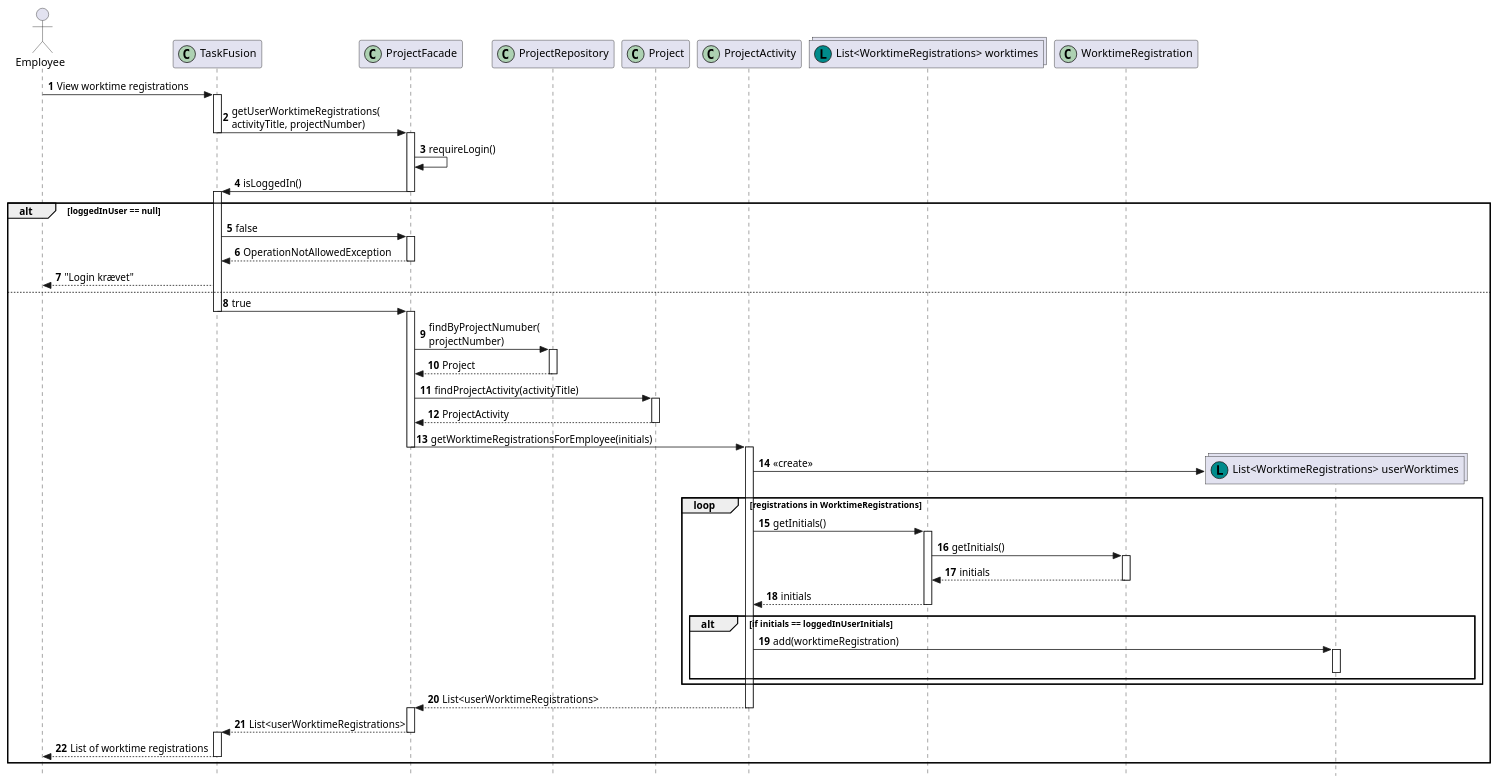
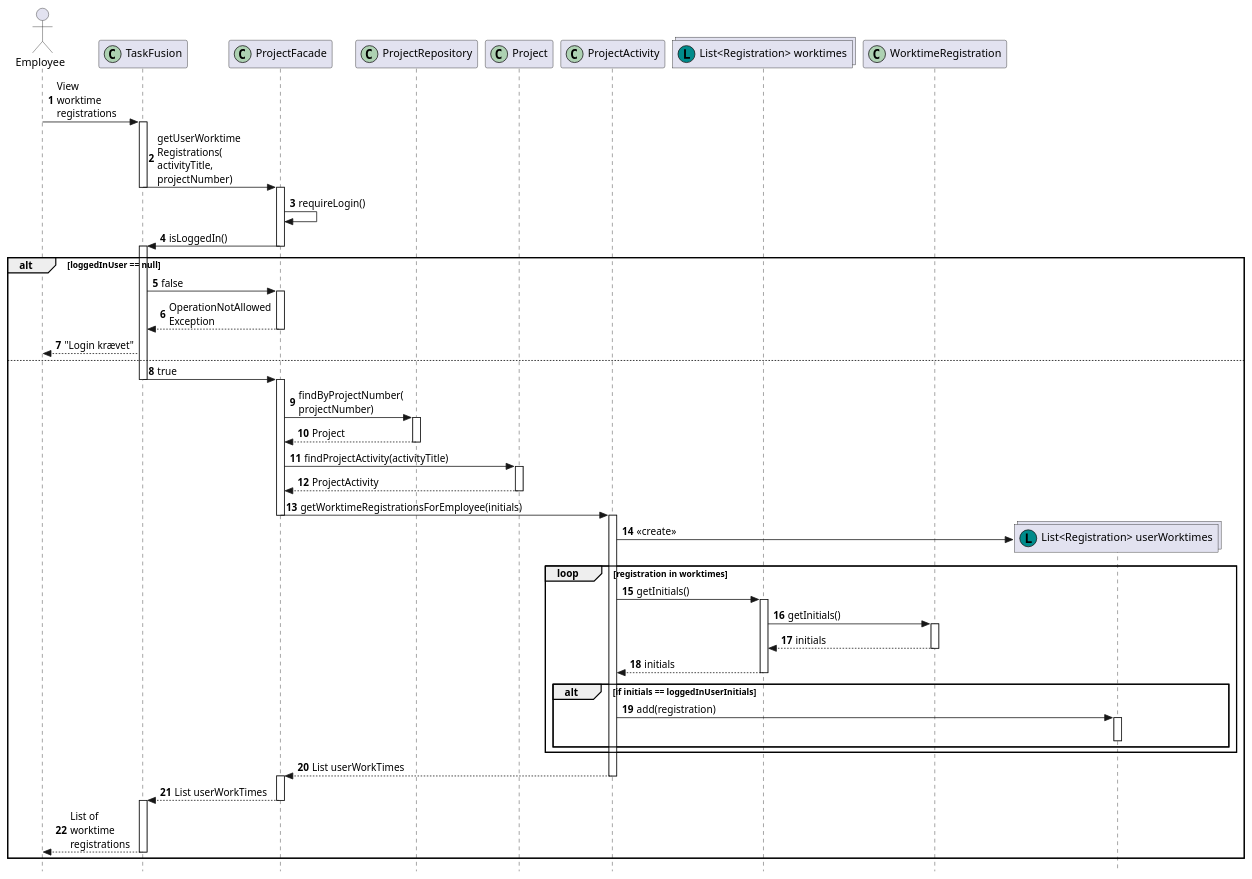
The diagram in RequirementsAndDesign/SequenceDiagrams/viewWorktime.puml (rwiuff/02161ExamProject), drawn with PlantUML before and after one commit. The commit also changed 9 other files, not shown here.

```diff
--- a/RequirementsAndDesign/SequenceDiagrams/viewWorktime.puml
+++ b/RequirementsAndDesign/SequenceDiagrams/viewWorktime.puml
@@ -1,46 +1,46 @@
 @startuml seqViewWorktime
 autonumber
 hide footbox
 skinparam style strictuml
 hide unlinked
 actor "Employee" as employee
 participant "TaskFusion" as app << (C,#ADD1B2) >>
 participant "ProjectFacade" as projectfacade << (C,#ADD1B2) >>
 participant "ProjectRepository" as projectrepo << (C,#ADD1B2) >>
 participant "Project" as project << (C,#ADD1B2) >>
 participant "ProjectActivity" as projectactivity << (C,#ADD1B2) >>
-collections "List<WorktimeRegistrations> worktimes" as wts << (L, DarkCyan) >>
+collections "List<Registration> worktimes" as wts << (L, DarkCyan) >>
 participant "WorktimeRegistration" as wt << (C,#ADD1B2) >>
-collections "List<WorktimeRegistrations> userWorktimes" as empwts << (L, DarkCyan) >>
-employee -> app++: View worktime registrations
-app -> projectfacade--++: getUserWorktimeRegistrations(\nactivityTitle, projectNumber)
+collections "List<Registration> userWorktimes" as empwts << (L, DarkCyan) >>
+employee -> app++: View\nworktime\nregistrations
+app -> projectfacade--++: getUserWorktime\nRegistrations(\nactivityTitle,\nprojectNumber)
 projectfacade -> projectfacade: requireLogin()
 projectfacade -> app--++: isLoggedIn()
 alt loggedInUser == null
     app -> projectfacade++: false
-    projectfacade --> app--: OperationNotAllowedException
+    projectfacade --> app--: OperationNotAllowed\nException
     app --> employee: "Login krævet"
 else
     app -> projectfacade--++: true
-    projectfacade -> projectrepo++: findByProjectNumuber(\nprojectNumber)
+    projectfacade -> projectrepo++: findByProjectNumber(\nprojectNumber)
     projectrepo --> projectfacade--: Project
     projectfacade -> project++: findProjectActivity(activityTitle)
     project --> projectfacade--: ProjectActivity
     projectfacade -> projectactivity--++: getWorktimeRegistrationsForEmployee(initials)
     projectactivity -> empwts**: <<create>>
-    loop registrations in WorktimeRegistrations
+    loop registration in worktimes
         projectactivity -> wts++: getInitials()
         wts -> wt++: getInitials()
         wt --> wts--: initials
         wts --> projectactivity--: initials
         alt if initials == loggedInUserInitials
-            projectactivity -> empwts++: add(worktimeRegistration)
+            projectactivity -> empwts++: add(registration)
             deactivate empwts
         end
     end
-    projectactivity --> projectfacade--++: List<userWorktimeRegistrations>
-    projectfacade --> app--++: List<userWorktimeRegistrations>
-    app --> employee --: List of worktime registrations
+    projectactivity --> projectfacade--++: List userWorkTimes
+    projectfacade --> app--++: List userWorkTimes
+    app --> employee --: List of\nworktime\nregistrations
 end
 
 @enduml
```
